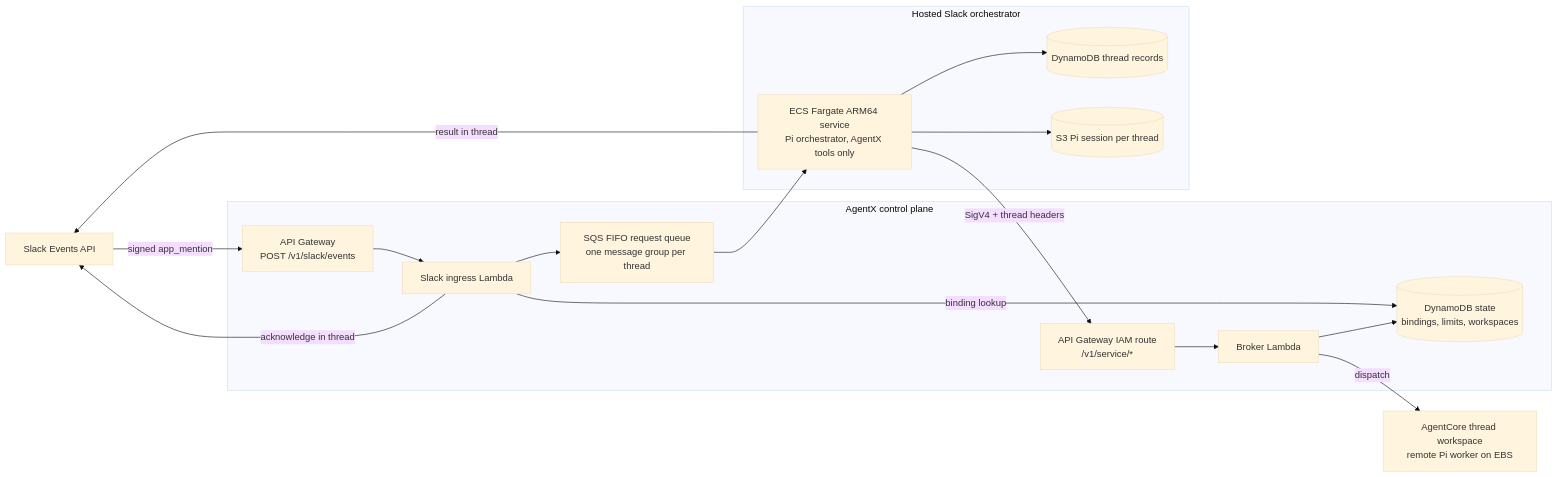
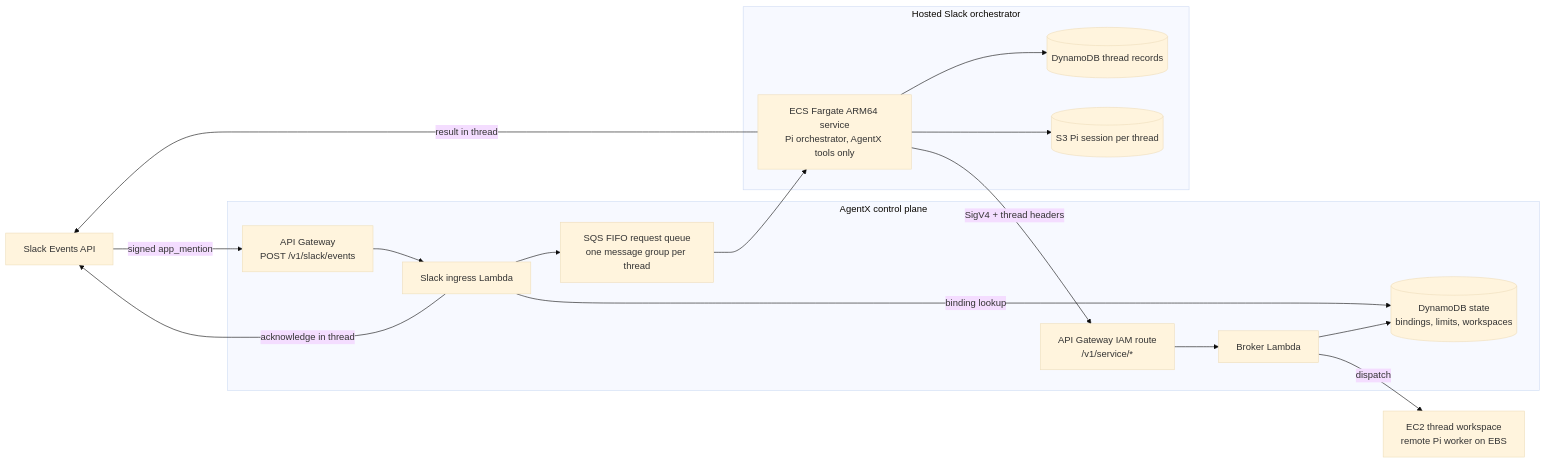
Before and after one commit to PrepLabsAI/Rovara: the second of 2 diagrams in docs/architecture-production.md, drawn with Mermaid (base theme). The commit also changed other lines of this file and 97 other files, not shown here.

````diff
--- a/docs/architecture-production.md
+++ b/docs/architecture-production.md
@@ -106,32 +67,32 @@
 ```mermaid
 flowchart LR
   Slack[Slack Events API]
 
   subgraph Control[AgentX control plane]
     Route[API Gateway\nPOST /v1/slack/events]
     Ingress[Slack ingress Lambda]
     Fifo[SQS FIFO request queue\none message group per thread]
     Service[API Gateway IAM route\n/v1/service/*]
     Broker[Broker Lambda]
     State[(DynamoDB state\nbindings, limits, workspaces)]
   end
 
   subgraph Orchestrator[Hosted Slack orchestrator]
     Fargate[ECS Fargate ARM64 service\nPi orchestrator, AgentX tools only]
     Threads[(DynamoDB thread records)]
     Sessions[(S3 Pi session per thread)]
   end
 
-  Worker[AgentCore thread workspace\nremote Pi worker on EBS]
+  Worker[EC2 thread workspace\nremote Pi worker on EBS]
 
   Slack -->|signed app_mention| Route --> Ingress
   Ingress -->|binding lookup| State
   Ingress -->|acknowledge in thread| Slack
   Ingress --> Fifo --> Fargate
   Fargate --> Threads
   Fargate --> Sessions
   Fargate -->|SigV4 + thread headers| Service --> Broker
   Broker --> State
   Broker -->|dispatch| Worker
   Fargate -->|result in thread| Slack
 ```
````
